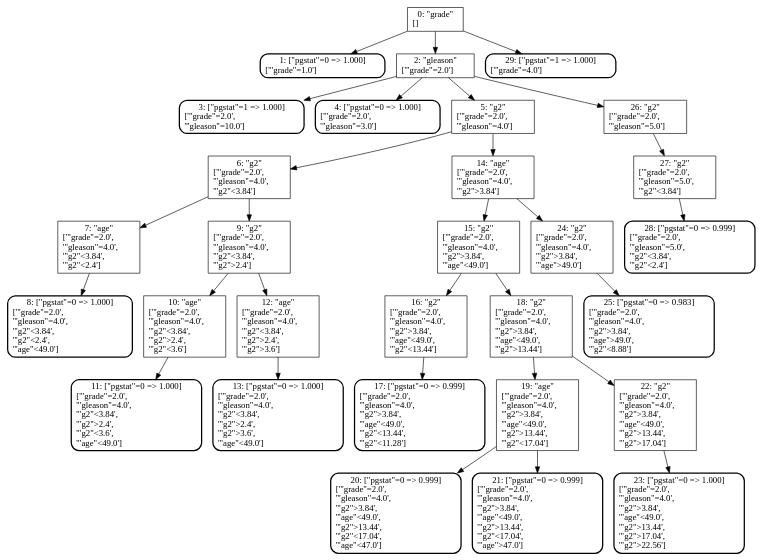
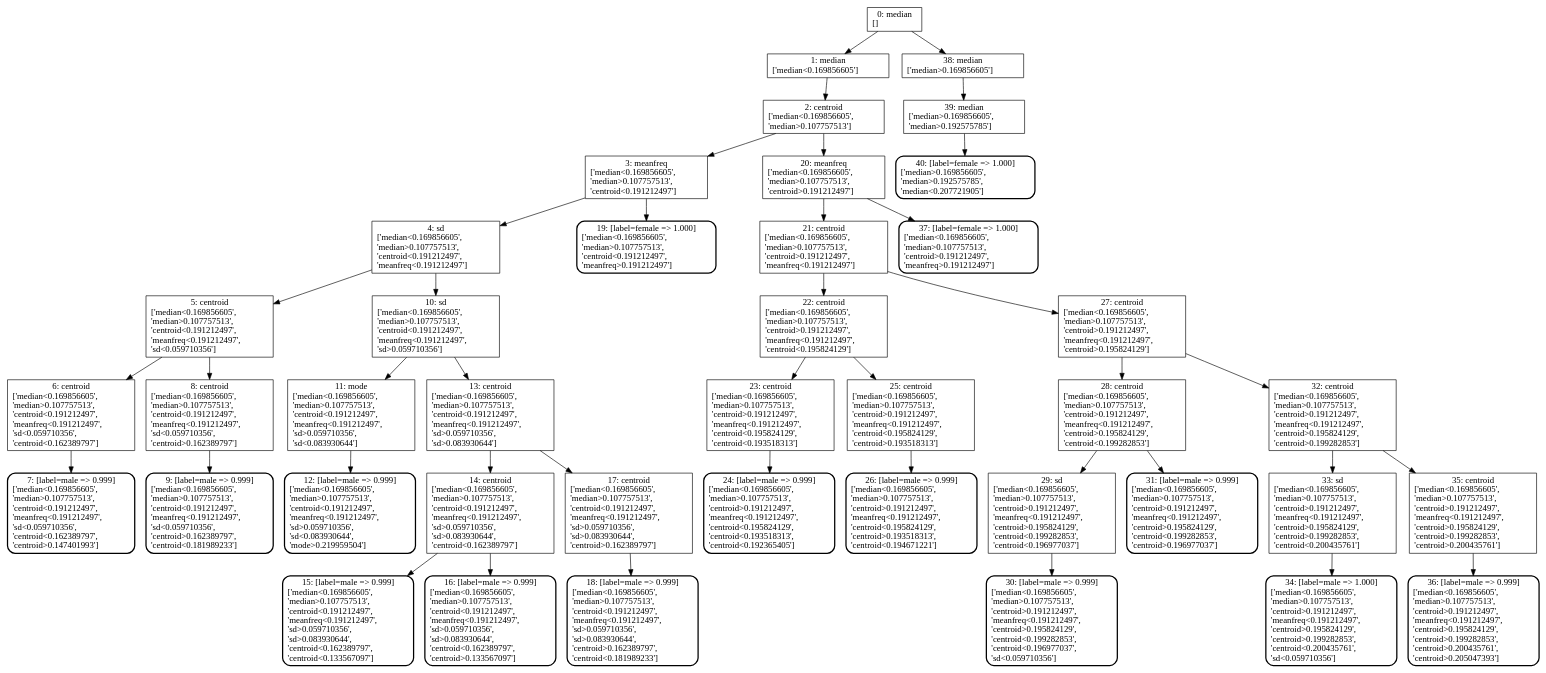
The diagram in test.dot (ashhale/Answer-Me-This), drawn with Graphviz before and after one commit. The commit also changed 4 other files, not shown here.

```diff
--- a/test.dot
+++ b/test.dot
@@ -1,62 +1,84 @@
 digraph G {
   node [shape=box]
-  "NODE 0" [label="0: \"grade\"\n[]\l"]
+  "NODE 0" [label="0: median\n[]\l"]
     "NODE 0" -> "NODE 1";
-    "NODE 0" -> "NODE 2";
-    "NODE 0" -> "NODE 29";
-  "NODE 1" [label="1: [\"pgstat\"=0 => 1.000]\n['\"grade\"=1.0']\l"; style="rounded, bold"]
-  "NODE 2" [label="2: \"gleason\"\n['\"grade\"=2.0']\l"]
+    "NODE 0" -> "NODE 38";
+  "NODE 1" [label="1: median\n['median<0.169856605']\l"]
+    "NODE 1" -> "NODE 2";
+  "NODE 2" [label="2: centroid\n['median<0.169856605',\l'median>0.107757513']\l"]
     "NODE 2" -> "NODE 3";
-    "NODE 2" -> "NODE 4";
-    "NODE 2" -> "NODE 5";
-    "NODE 2" -> "NODE 26";
-  "NODE 3" [label="3: [\"pgstat\"=1 => 1.000]\n['\"grade\"=2.0',\l'\"gleason\"=10.0']\l"; style="rounded, bold"]
-  "NODE 4" [label="4: [\"pgstat\"=0 => 1.000]\n['\"grade\"=2.0',\l'\"gleason\"=3.0']\l"; style="rounded, bold"]
-  "NODE 5" [label="5: \"g2\"\n['\"grade\"=2.0',\l'\"gleason\"=4.0']\l"]
+    "NODE 2" -> "NODE 20";
+  "NODE 3" [label="3: meanfreq\n['median<0.169856605',\l'median>0.107757513',\l'centroid<0.191212497']\l"]
+    "NODE 3" -> "NODE 4";
+    "NODE 3" -> "NODE 19";
+  "NODE 4" [label="4: sd\n['median<0.169856605',\l'median>0.107757513',\l'centroid<0.191212497',\l'meanfreq<0.191212497']\l"]
+    "NODE 4" -> "NODE 5";
+    "NODE 4" -> "NODE 10";
+  "NODE 5" [label="5: centroid\n['median<0.169856605',\l'median>0.107757513',\l'centroid<0.191212497',\l'meanfreq<0.191212497',\l'sd<0.059710356']\l"]
     "NODE 5" -> "NODE 6";
-    "NODE 5" -> "NODE 14";
-  "NODE 6" [label="6: \"g2\"\n['\"grade\"=2.0',\l'\"gleason\"=4.0',\l'\"g2\"<3.84']\l"]
+    "NODE 5" -> "NODE 8";
+  "NODE 6" [label="6: centroid\n['median<0.169856605',\l'median>0.107757513',\l'centroid<0.191212497',\l'meanfreq<0.191212497',\l'sd<0.059710356',\l'centroid<0.162389797']\l"]
     "NODE 6" -> "NODE 7";
-    "NODE 6" -> "NODE 9";
-  "NODE 7" [label="7: \"age\"\n['\"grade\"=2.0',\l'\"gleason\"=4.0',\l'\"g2\"<3.84',\l'\"g2\"<2.4']\l"]
-    "NODE 7" -> "NODE 8";
-  "NODE 8" [label="8: [\"pgstat\"=0 => 1.000]\n['\"grade\"=2.0',\l'\"gleason\"=4.0',\l'\"g2\"<3.84',\l'\"g2\"<2.4',\l'\"age\"<49.0']\l"; style="rounded, bold"]
-  "NODE 9" [label="9: \"g2\"\n['\"grade\"=2.0',\l'\"gleason\"=4.0',\l'\"g2\"<3.84',\l'\"g2\">2.4']\l"]
-    "NODE 9" -> "NODE 10";
-    "NODE 9" -> "NODE 12";
-  "NODE 10" [label="10: \"age\"\n['\"grade\"=2.0',\l'\"gleason\"=4.0',\l'\"g2\"<3.84',\l'\"g2\">2.4',\l'\"g2\"<3.6']\l"]
+  "NODE 7" [label="7: [label=male => 0.999]\n['median<0.169856605',\l'median>0.107757513',\l'centroid<0.191212497',\l'meanfreq<0.191212497',\l'sd<0.059710356',\l'centroid<0.162389797',\l'centroid>0.147401993']\l"; style="rounded, bold"]
+  "NODE 8" [label="8: centroid\n['median<0.169856605',\l'median>0.107757513',\l'centroid<0.191212497',\l'meanfreq<0.191212497',\l'sd<0.059710356',\l'centroid>0.162389797']\l"]
+    "NODE 8" -> "NODE 9";
+  "NODE 9" [label="9: [label=male => 0.999]\n['median<0.169856605',\l'median>0.107757513',\l'centroid<0.191212497',\l'meanfreq<0.191212497',\l'sd<0.059710356',\l'centroid>0.162389797',\l'centroid<0.181989233']\l"; style="rounded, bold"]
+  "NODE 10" [label="10: sd\n['median<0.169856605',\l'median>0.107757513',\l'centroid<0.191212497',\l'meanfreq<0.191212497',\l'sd>0.059710356']\l"]
     "NODE 10" -> "NODE 11";
-  "NODE 11" [label="11: [\"pgstat\"=0 => 1.000]\n['\"grade\"=2.0',\l'\"gleason\"=4.0',\l'\"g2\"<3.84',\l'\"g2\">2.4',\l'\"g2\"<3.6',\l'\"age\"<49.0']\l"; style="rounded, bold"]
-  "NODE 12" [label="12: \"age\"\n['\"grade\"=2.0',\l'\"gleason\"=4.0',\l'\"g2\"<3.84',\l'\"g2\">2.4',\l'\"g2\">3.6']\l"]
-    "NODE 12" -> "NODE 13";
-  "NODE 13" [label="13: [\"pgstat\"=0 => 1.000]\n['\"grade\"=2.0',\l'\"gleason\"=4.0',\l'\"g2\"<3.84',\l'\"g2\">2.4',\l'\"g2\">3.6',\l'\"age\"<49.0']\l"; style="rounded, bold"]
-  "NODE 14" [label="14: \"age\"\n['\"grade\"=2.0',\l'\"gleason\"=4.0',\l'\"g2\">3.84']\l"]
+    "NODE 10" -> "NODE 13";
+  "NODE 11" [label="11: mode\n['median<0.169856605',\l'median>0.107757513',\l'centroid<0.191212497',\l'meanfreq<0.191212497',\l'sd>0.059710356',\l'sd<0.083930644']\l"]
+    "NODE 11" -> "NODE 12";
+  "NODE 12" [label="12: [label=male => 0.999]\n['median<0.169856605',\l'median>0.107757513',\l'centroid<0.191212497',\l'meanfreq<0.191212497',\l'sd>0.059710356',\l'sd<0.083930644',\l'mode>0.219959504']\l"; style="rounded, bold"]
+  "NODE 13" [label="13: centroid\n['median<0.169856605',\l'median>0.107757513',\l'centroid<0.191212497',\l'meanfreq<0.191212497',\l'sd>0.059710356',\l'sd>0.083930644']\l"]
+    "NODE 13" -> "NODE 14";
+    "NODE 13" -> "NODE 17";
+  "NODE 14" [label="14: centroid\n['median<0.169856605',\l'median>0.107757513',\l'centroid<0.191212497',\l'meanfreq<0.191212497',\l'sd>0.059710356',\l'sd>0.083930644',\l'centroid<0.162389797']\l"]
     "NODE 14" -> "NODE 15";
-    "NODE 14" -> "NODE 24";
-  "NODE 15" [label="15: \"g2\"\n['\"grade\"=2.0',\l'\"gleason\"=4.0',\l'\"g2\">3.84',\l'\"age\"<49.0']\l"]
-    "NODE 15" -> "NODE 16";
-    "NODE 15" -> "NODE 18";
-  "NODE 16" [label="16: \"g2\"\n['\"grade\"=2.0',\l'\"gleason\"=4.0',\l'\"g2\">3.84',\l'\"age\"<49.0',\l'\"g2\"<13.44']\l"]
-    "NODE 16" -> "NODE 17";
-  "NODE 17" [label="17: [\"pgstat\"=0 => 0.999]\n['\"grade\"=2.0',\l'\"gleason\"=4.0',\l'\"g2\">3.84',\l'\"age\"<49.0',\l'\"g2\"<13.44',\l'\"g2\"<11.28']\l"; style="rounded, bold"]
-  "NODE 18" [label="18: \"g2\"\n['\"grade\"=2.0',\l'\"gleason\"=4.0',\l'\"g2\">3.84',\l'\"age\"<49.0',\l'\"g2\">13.44']\l"]
-    "NODE 18" -> "NODE 19";
-    "NODE 18" -> "NODE 22";
-  "NODE 19" [label="19: \"age\"\n['\"grade\"=2.0',\l'\"gleason\"=4.0',\l'\"g2\">3.84',\l'\"age\"<49.0',\l'\"g2\">13.44',\l'\"g2\"<17.04']\l"]
-    "NODE 19" -> "NODE 20";
-    "NODE 19" -> "NODE 21";
-  "NODE 20" [label="20: [\"pgstat\"=0 => 0.999]\n['\"grade\"=2.0',\l'\"gleason\"=4.0',\l'\"g2\">3.84',\l'\"age\"<49.0',\l'\"g2\">13.44',\l'\"g2\"<17.04',\l'\"age\"<47.0']\l"; style="rounded, bold"]
-  "NODE 21" [label="21: [\"pgstat\"=0 => 0.999]\n['\"grade\"=2.0',\l'\"gleason\"=4.0',\l'\"g2\">3.84',\l'\"age\"<49.0',\l'\"g2\">13.44',\l'\"g2\"<17.04',\l'\"age\">47.0']\l"; style="rounded, bold"]
-  "NODE 22" [label="22: \"g2\"\n['\"grade\"=2.0',\l'\"gleason\"=4.0',\l'\"g2\">3.84',\l'\"age\"<49.0',\l'\"g2\">13.44',\l'\"g2\">17.04']\l"]
+    "NODE 14" -> "NODE 16";
+  "NODE 15" [label="15: [label=male => 0.999]\n['median<0.169856605',\l'median>0.107757513',\l'centroid<0.191212497',\l'meanfreq<0.191212497',\l'sd>0.059710356',\l'sd>0.083930644',\l'centroid<0.162389797',\l'centroid<0.133567097']\l"; style="rounded, bold"]
+  "NODE 16" [label="16: [label=male => 0.999]\n['median<0.169856605',\l'median>0.107757513',\l'centroid<0.191212497',\l'meanfreq<0.191212497',\l'sd>0.059710356',\l'sd>0.083930644',\l'centroid<0.162389797',\l'centroid>0.133567097']\l"; style="rounded, bold"]
+  "NODE 17" [label="17: centroid\n['median<0.169856605',\l'median>0.107757513',\l'centroid<0.191212497',\l'meanfreq<0.191212497',\l'sd>0.059710356',\l'sd>0.083930644',\l'centroid>0.162389797']\l"]
+    "NODE 17" -> "NODE 18";
+  "NODE 18" [label="18: [label=male => 0.999]\n['median<0.169856605',\l'median>0.107757513',\l'centroid<0.191212497',\l'meanfreq<0.191212497',\l'sd>0.059710356',\l'sd>0.083930644',\l'centroid>0.162389797',\l'centroid<0.181989233']\l"; style="rounded, bold"]
+  "NODE 19" [label="19: [label=female => 1.000]\n['median<0.169856605',\l'median>0.107757513',\l'centroid<0.191212497',\l'meanfreq>0.191212497']\l"; style="rounded, bold"]
+  "NODE 20" [label="20: meanfreq\n['median<0.169856605',\l'median>0.107757513',\l'centroid>0.191212497']\l"]
+    "NODE 20" -> "NODE 21";
+    "NODE 20" -> "NODE 37";
+  "NODE 21" [label="21: centroid\n['median<0.169856605',\l'median>0.107757513',\l'centroid>0.191212497',\l'meanfreq<0.191212497']\l"]
+    "NODE 21" -> "NODE 22";
+    "NODE 21" -> "NODE 27";
+  "NODE 22" [label="22: centroid\n['median<0.169856605',\l'median>0.107757513',\l'centroid>0.191212497',\l'meanfreq<0.191212497',\l'centroid<0.195824129']\l"]
     "NODE 22" -> "NODE 23";
-  "NODE 23" [label="23: [\"pgstat\"=0 => 1.000]\n['\"grade\"=2.0',\l'\"gleason\"=4.0',\l'\"g2\">3.84',\l'\"age\"<49.0',\l'\"g2\">13.44',\l'\"g2\">17.04',\l'\"g2\">22.56']\l"; style="rounded, bold"]
-  "NODE 24" [label="24: \"g2\"\n['\"grade\"=2.0',\l'\"gleason\"=4.0',\l'\"g2\">3.84',\l'\"age\">49.0']\l"]
-    "NODE 24" -> "NODE 25";
-  "NODE 25" [label="25: [\"pgstat\"=0 => 0.983]\n['\"grade\"=2.0',\l'\"gleason\"=4.0',\l'\"g2\">3.84',\l'\"age\">49.0',\l'\"g2\"<8.88']\l"; style="rounded, bold"]
-  "NODE 26" [label="26: \"g2\"\n['\"grade\"=2.0',\l'\"gleason\"=5.0']\l"]
-    "NODE 26" -> "NODE 27";
-  "NODE 27" [label="27: \"g2\"\n['\"grade\"=2.0',\l'\"gleason\"=5.0',\l'\"g2\"<3.84']\l"]
+    "NODE 22" -> "NODE 25";
+  "NODE 23" [label="23: centroid\n['median<0.169856605',\l'median>0.107757513',\l'centroid>0.191212497',\l'meanfreq<0.191212497',\l'centroid<0.195824129',\l'centroid<0.193518313']\l"]
+    "NODE 23" -> "NODE 24";
+  "NODE 24" [label="24: [label=male => 0.999]\n['median<0.169856605',\l'median>0.107757513',\l'centroid>0.191212497',\l'meanfreq<0.191212497',\l'centroid<0.195824129',\l'centroid<0.193518313',\l'centroid<0.192365405']\l"; style="rounded, bold"]
+  "NODE 25" [label="25: centroid\n['median<0.169856605',\l'median>0.107757513',\l'centroid>0.191212497',\l'meanfreq<0.191212497',\l'centroid<0.195824129',\l'centroid>0.193518313']\l"]
+    "NODE 25" -> "NODE 26";
+  "NODE 26" [label="26: [label=male => 0.999]\n['median<0.169856605',\l'median>0.107757513',\l'centroid>0.191212497',\l'meanfreq<0.191212497',\l'centroid<0.195824129',\l'centroid>0.193518313',\l'centroid<0.194671221']\l"; style="rounded, bold"]
+  "NODE 27" [label="27: centroid\n['median<0.169856605',\l'median>0.107757513',\l'centroid>0.191212497',\l'meanfreq<0.191212497',\l'centroid>0.195824129']\l"]
     "NODE 27" -> "NODE 28";
-  "NODE 28" [label="28: [\"pgstat\"=0 => 0.999]\n['\"grade\"=2.0',\l'\"gleason\"=5.0',\l'\"g2\"<3.84',\l'\"g2\"<2.4']\l"; style="rounded, bold"]
-  "NODE 29" [label="29: [\"pgstat\"=1 => 1.000]\n['\"grade\"=4.0']\l"; style="rounded, bold"]
+    "NODE 27" -> "NODE 32";
+  "NODE 28" [label="28: centroid\n['median<0.169856605',\l'median>0.107757513',\l'centroid>0.191212497',\l'meanfreq<0.191212497',\l'centroid>0.195824129',\l'centroid<0.199282853']\l"]
+    "NODE 28" -> "NODE 29";
+    "NODE 28" -> "NODE 31";
+  "NODE 29" [label="29: sd\n['median<0.169856605',\l'median>0.107757513',\l'centroid>0.191212497',\l'meanfreq<0.191212497',\l'centroid>0.195824129',\l'centroid<0.199282853',\l'centroid<0.196977037']\l"]
+    "NODE 29" -> "NODE 30";
+  "NODE 30" [label="30: [label=male => 0.999]\n['median<0.169856605',\l'median>0.107757513',\l'centroid>0.191212497',\l'meanfreq<0.191212497',\l'centroid>0.195824129',\l'centroid<0.199282853',\l'centroid<0.196977037',\l'sd<0.059710356']\l"; style="rounded, bold"]
+  "NODE 31" [label="31: [label=male => 0.999]\n['median<0.169856605',\l'median>0.107757513',\l'centroid>0.191212497',\l'meanfreq<0.191212497',\l'centroid>0.195824129',\l'centroid<0.199282853',\l'centroid>0.196977037']\l"; style="rounded, bold"]
+  "NODE 32" [label="32: centroid\n['median<0.169856605',\l'median>0.107757513',\l'centroid>0.191212497',\l'meanfreq<0.191212497',\l'centroid>0.195824129',\l'centroid>0.199282853']\l"]
+    "NODE 32" -> "NODE 33";
+    "NODE 32" -> "NODE 35";
+  "NODE 33" [label="33: sd\n['median<0.169856605',\l'median>0.107757513',\l'centroid>0.191212497',\l'meanfreq<0.191212497',\l'centroid>0.195824129',\l'centroid>0.199282853',\l'centroid<0.200435761']\l"]
+    "NODE 33" -> "NODE 34";
+  "NODE 34" [label="34: [label=male => 1.000]\n['median<0.169856605',\l'median>0.107757513',\l'centroid>0.191212497',\l'meanfreq<0.191212497',\l'centroid>0.195824129',\l'centroid>0.199282853',\l'centroid<0.200435761',\l'sd<0.059710356']\l"; style="rounded, bold"]
+  "NODE 35" [label="35: centroid\n['median<0.169856605',\l'median>0.107757513',\l'centroid>0.191212497',\l'meanfreq<0.191212497',\l'centroid>0.195824129',\l'centroid>0.199282853',\l'centroid>0.200435761']\l"]
+    "NODE 35" -> "NODE 36";
+  "NODE 36" [label="36: [label=male => 0.999]\n['median<0.169856605',\l'median>0.107757513',\l'centroid>0.191212497',\l'meanfreq<0.191212497',\l'centroid>0.195824129',\l'centroid>0.199282853',\l'centroid>0.200435761',\l'centroid>0.205047393']\l"; style="rounded, bold"]
+  "NODE 37" [label="37: [label=female => 1.000]\n['median<0.169856605',\l'median>0.107757513',\l'centroid>0.191212497',\l'meanfreq>0.191212497']\l"; style="rounded, bold"]
+  "NODE 38" [label="38: median\n['median>0.169856605']\l"]
+    "NODE 38" -> "NODE 39";
+  "NODE 39" [label="39: median\n['median>0.169856605',\l'median>0.192575785']\l"]
+    "NODE 39" -> "NODE 40";
+  "NODE 40" [label="40: [label=female => 1.000]\n['median>0.169856605',\l'median>0.192575785',\l'median<0.207721905']\l"; style="rounded, bold"]
 }
```
